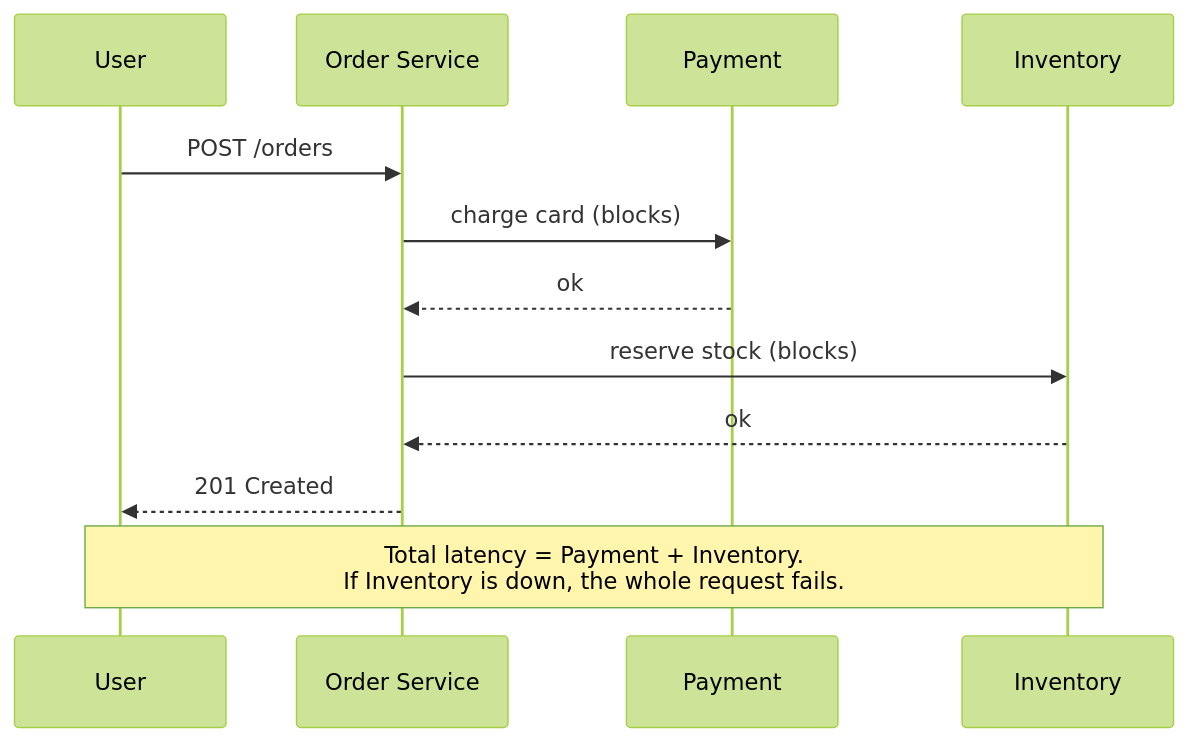
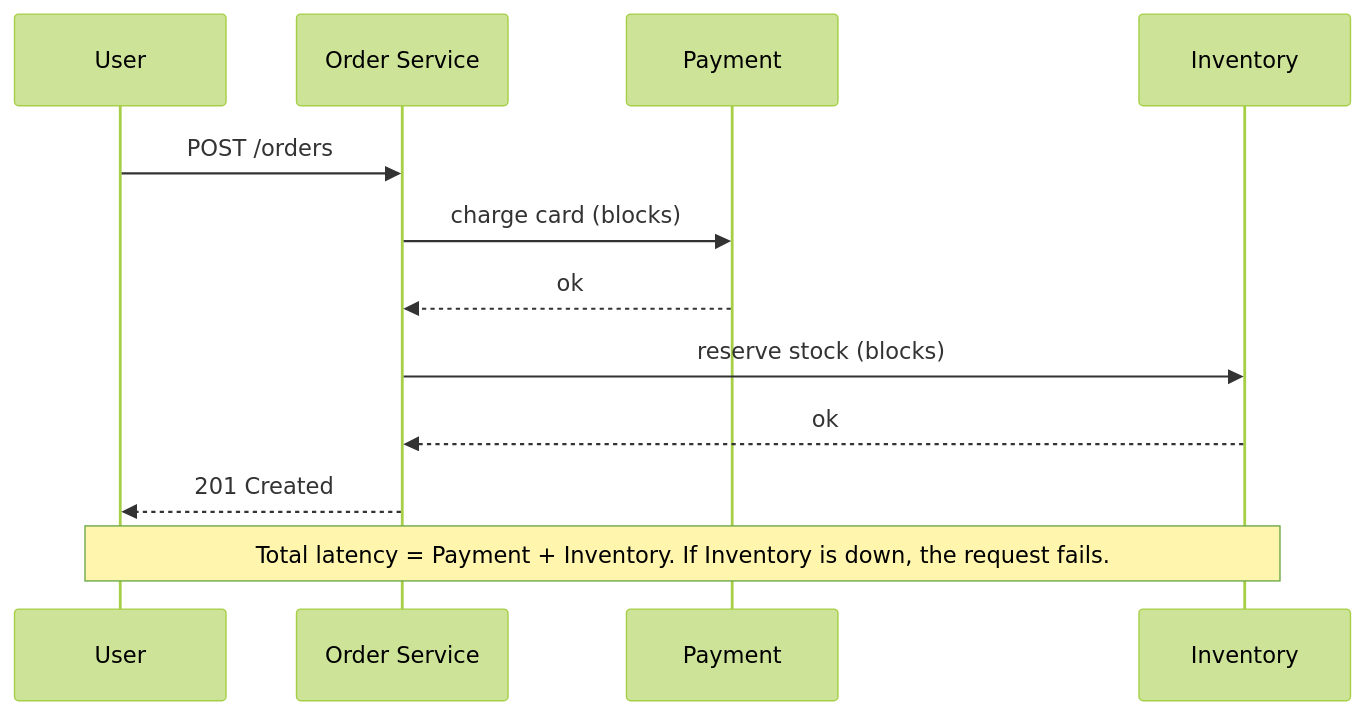
One commit to mohammad-mriesh-job/cortex changed the first of 2 diagrams in src/modules/system-design/content/05-communication/02-sync-vs-async.md. Above: the diagram before and after it, drawn with Mermaid (forest theme). The commit also changed other lines of this file and 257 other files, not shown here.

````diff
--- a/src/modules/system-design/content/05-communication/02-sync-vs-async.md
+++ b/src/modules/system-design/content/05-communication/02-sync-vs-async.md
@@ -20,14 +20,14 @@
 ```mermaid
 sequenceDiagram
   participant U as User
   participant O as Order Service
   participant P as Payment
   participant I as Inventory
   U->>O: POST /orders
   O->>P: charge card (blocks)
   P-->>O: ok
   O->>I: reserve stock (blocks)
   I-->>O: ok
   O-->>U: 201 Created
-  Note over U,I: Total latency = Payment + Inventory.<br/>If Inventory is down, the whole request fails.
+  Note over U,I: Total latency = Payment + Inventory. If Inventory is down, the request fails.
 ```
````
